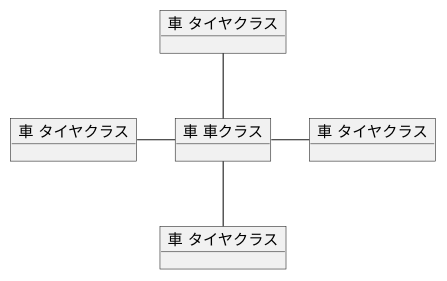
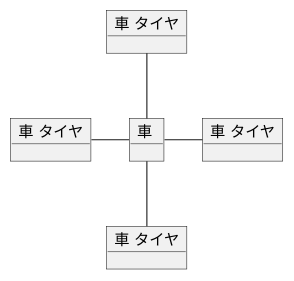
Before and after one commit to miyanokengo/uml-introduction: the diagram in 演習3-4_オブジェクト図.pu, drawn with PlantUML. The commit also changed 3 other files, not shown here.

```diff
--- a/演習3-4_オブジェクト図.pu
+++ b/演習3-4_オブジェクト図.pu
@@ -1,21 +1,21 @@
 @startuml 
-object "車 車クラス" as car{
+object "車 " as car{
 
 }
-object "車 タイヤクラス" as a{
+object "車 タイヤ" as a{
     
 }
-object "車 タイヤクラス" as b{
+object "車 タイヤ" as b{
     
 }
-object "車 タイヤクラス" as c{
+object "車 タイヤ" as c{
     
 }
-object "車 タイヤクラス" as d{
+object "車 タイヤ" as d{
     
 }
 car-up-a
 car-down-b
 car-ri-c
 car-le-d
 @enduml
```
